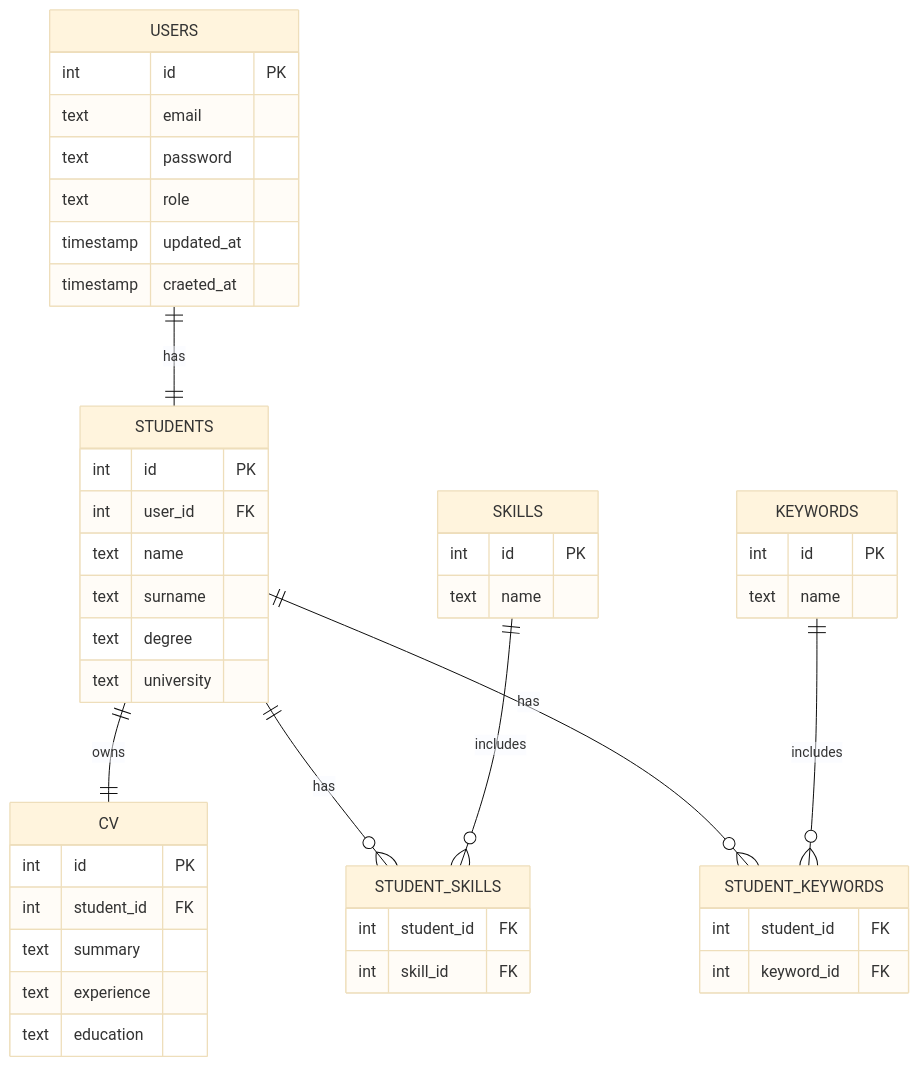
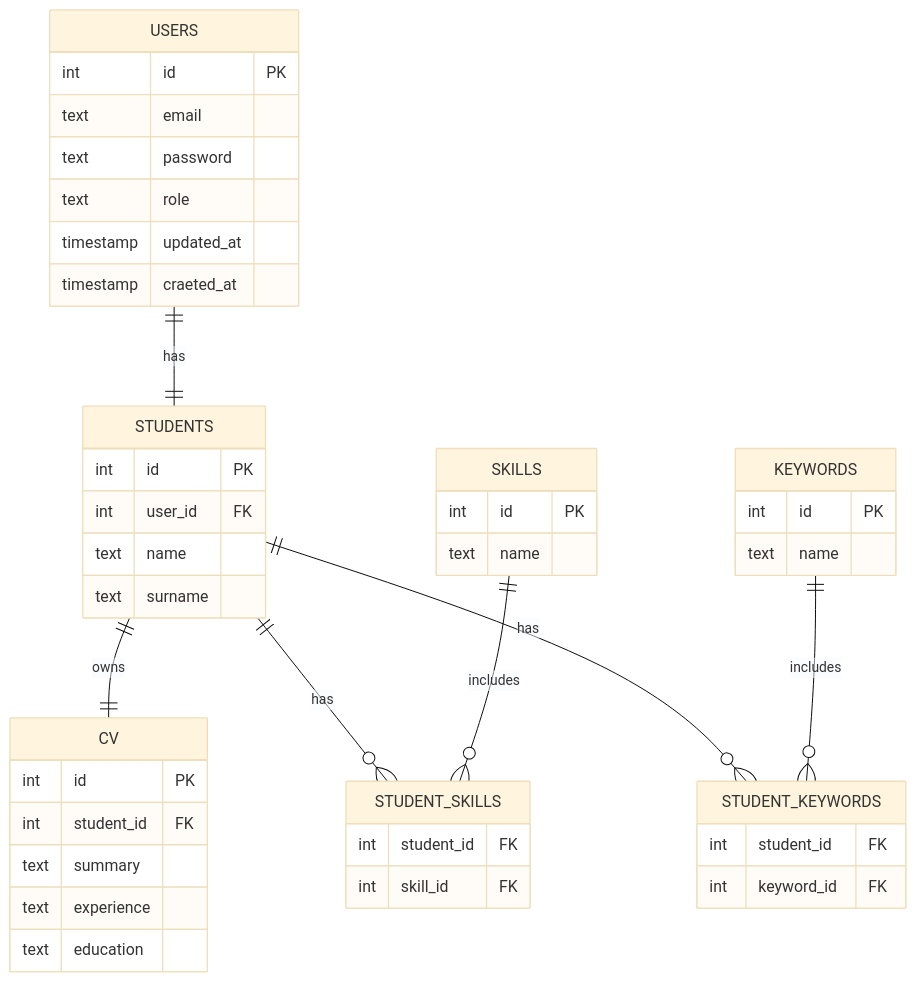
One commit to LamprosKoukoulis/CV-managment changed the diagram in public/diagrams/diagrams.md. Above: the diagram before and after it, drawn with Mermaid (base theme).

Commit message:
changed structure

````diff
--- a/public/diagrams/diagrams.md
+++ b/public/diagrams/diagrams.md
@@ -1,58 +1,56 @@
 ```mermaid
 erDiagram
 
     USERS {
         int id PK
         text email
         text password
         text role
         timestamp updated_at
         timestamp craeted_at
     }
 
     STUDENTS {
         int id PK
         int user_id FK
         text name
         text surname
-        text degree
-        text university
     }
 
     CV {
         int id PK
         int student_id FK
         text summary
         text experience
         text education
     }
 
     SKILLS {
         int id PK
         text name
     }
 
     KEYWORDS {
         int id PK
         text name
     }
 
     STUDENT_SKILLS {
         int student_id FK
         int skill_id FK
     }
 
     STUDENT_KEYWORDS {
         int student_id FK
         int keyword_id FK
     }
 
     USERS ||--|| STUDENTS : has
     STUDENTS ||--|| CV : owns
 
     STUDENTS ||--o{ STUDENT_SKILLS : has
     SKILLS ||--o{ STUDENT_SKILLS : includes
 
     STUDENTS ||--o{ STUDENT_KEYWORDS : has
     KEYWORDS ||--o{ STUDENT_KEYWORDS : includes
 ```
````
